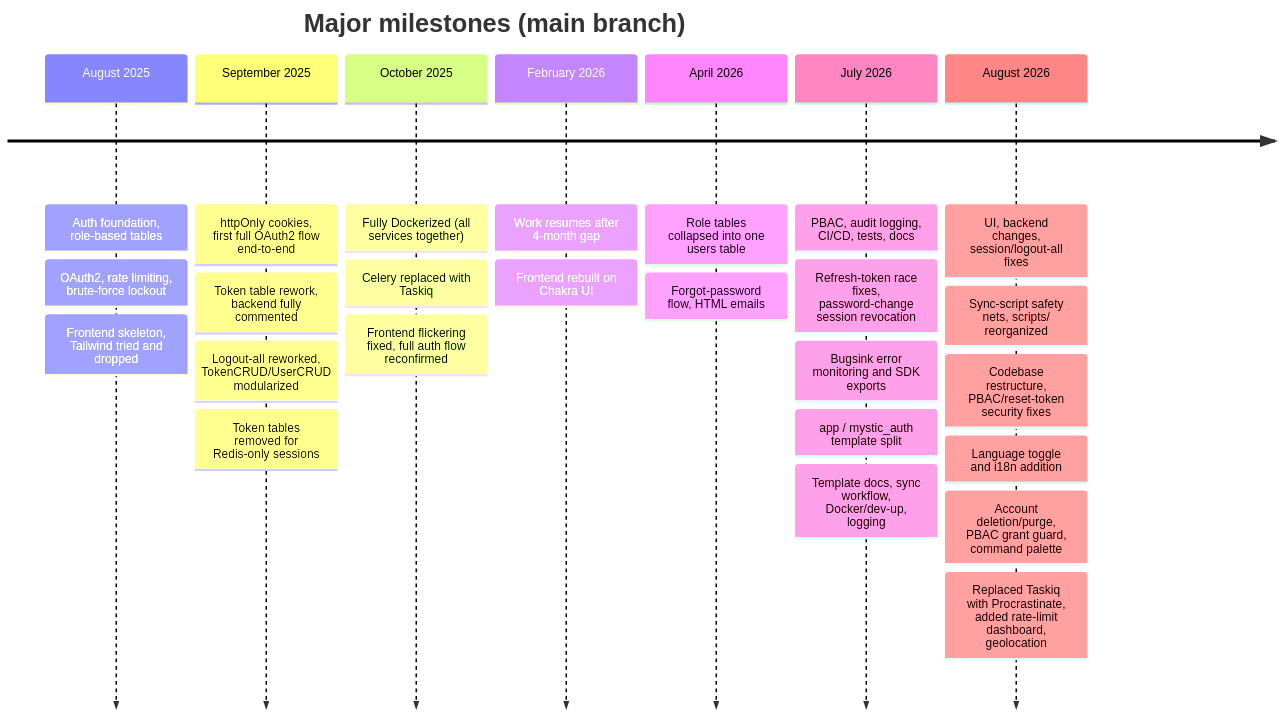
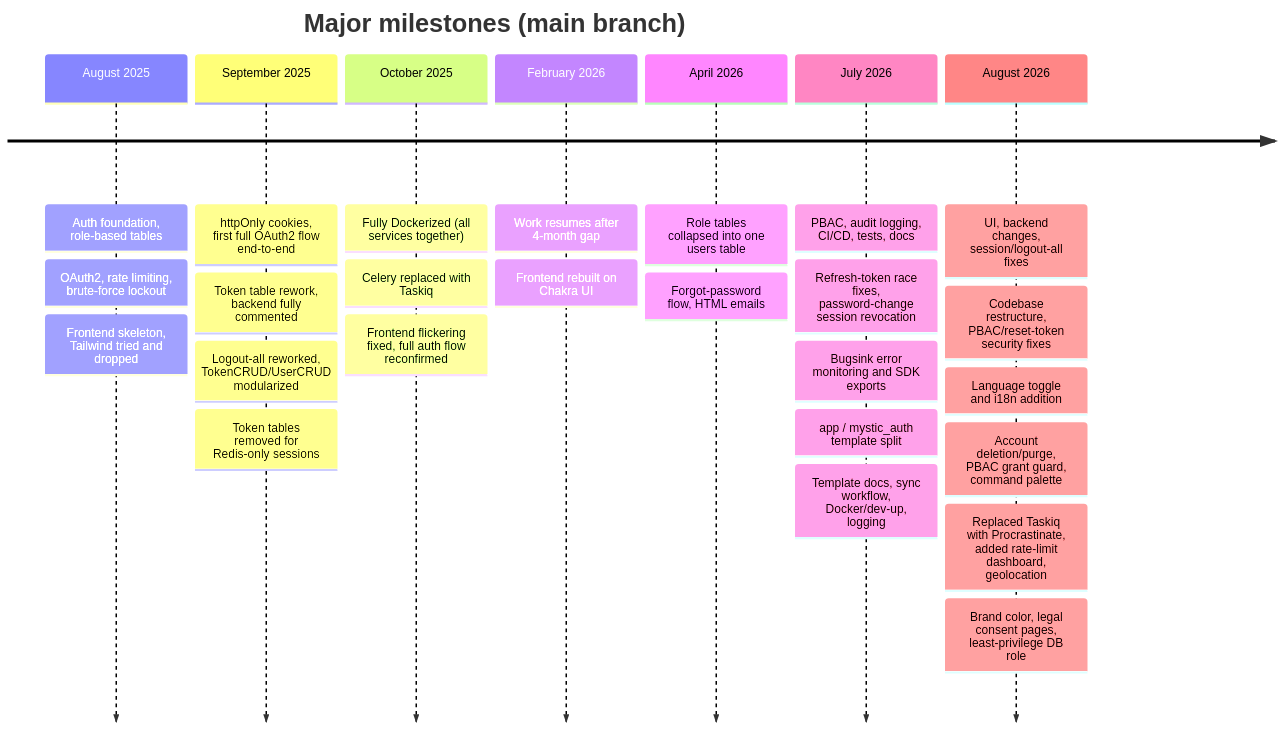
The diagram in docs/mystic_auth/project-story/README.md (Nachiket-2024/mystic-auth), drawn with Mermaid before and after one commit. The commit also changed other lines of this file and 350 other files, not shown here.

First line of the commit message:
Added brand theming, legal pages, fixed session/PBAC issues

````diff
--- a/docs/mystic_auth/project-story/README.md
+++ b/docs/mystic_auth/project-story/README.md
@@ -37,29 +37,29 @@
 ```mermaid
 timeline
     title Major milestones (main branch)
     August 2025: Auth foundation, role-based tables
             : OAuth2, rate limiting, brute-force lockout
             : Frontend skeleton, Tailwind tried and dropped
     September 2025: httpOnly cookies, first full OAuth2 flow end-to-end
             : Token table rework, backend fully commented
             : Logout-all reworked, TokenCRUD/UserCRUD modularized
             : Token tables removed for Redis-only sessions
     October 2025: Fully Dockerized (all services together)
             : Celery replaced with Taskiq
             : Frontend flickering fixed, full auth flow reconfirmed
     February 2026: Work resumes after 4-month gap
             : Frontend rebuilt on Chakra UI
     April 2026: Role tables collapsed into one users table
             : Forgot-password flow, HTML emails
     July 2026: PBAC, audit logging, CI/CD, tests, docs
             : Refresh-token race fixes, password-change session revocation
             : Bugsink error monitoring and SDK exports
             : app / mystic_auth template split
             : Template docs, sync workflow, Docker/dev-up, logging
     August 2026: UI, backend changes, session/logout-all fixes
-            : Sync-script safety nets, scripts/ reorganized
             : Codebase restructure, PBAC/reset-token security fixes
             : Language toggle and i18n addition
             : Account deletion/purge, PBAC grant guard, command palette
             : Replaced Taskiq with Procrastinate, added rate-limit dashboard, geolocation
+            : Brand color, legal consent pages, least-privilege DB role
 ```
````
